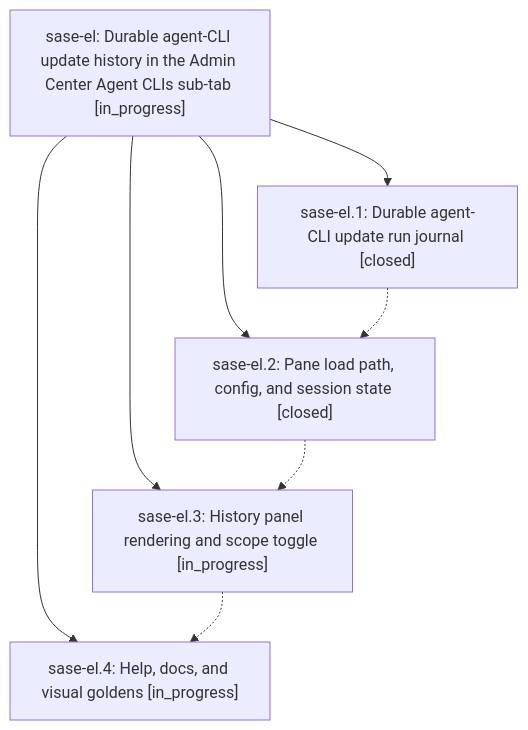
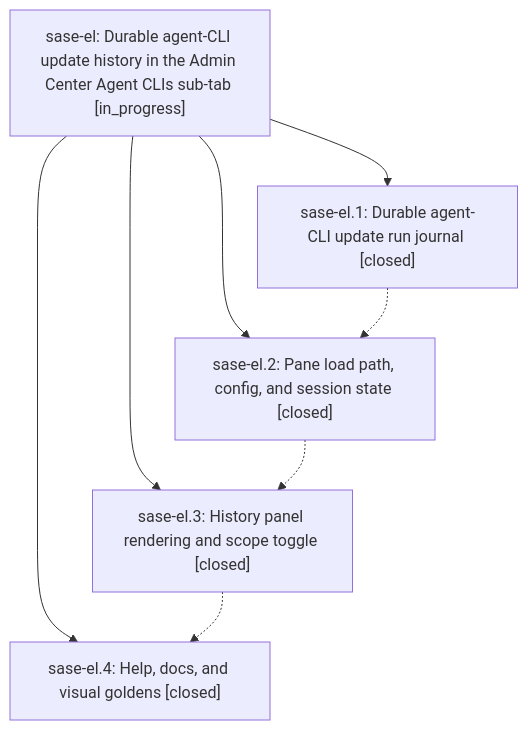
Before and after one commit to sase-org/sase--beads: the diagram in pages/sase-el/README.md, drawn with Mermaid. The commit also changed other lines of this file and 4 other files, not shown here.

````diff
--- a/pages/sase-el/README.md
+++ b/pages/sase-el/README.md
@@ -25,15 +25,15 @@
 ```mermaid
 flowchart TD
     n0["sase-el: Durable agent-CLI update history in the Admin Center Agent CLIs sub-tab [in_progress]"]
     n1["sase-el.1: Durable agent-CLI update run journal [closed]"]
     n2["sase-el.2: Pane load path, config, and session state [closed]"]
-    n3["sase-el.3: History panel rendering and scope toggle [in_progress]"]
-    n4["sase-el.4: Help, docs, and visual goldens [in_progress]"]
+    n3["sase-el.3: History panel rendering and scope toggle [closed]"]
+    n4["sase-el.4: Help, docs, and visual goldens [closed]"]
     n0 --> n1
     n0 --> n2
     n0 --> n3
     n0 --> n4
     n1 -.-> n2
     n2 -.-> n3
     n3 -.-> n4
 ```
````
